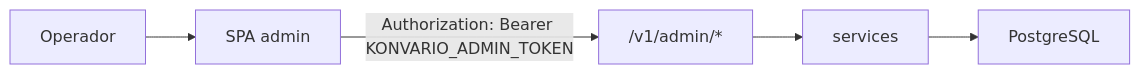
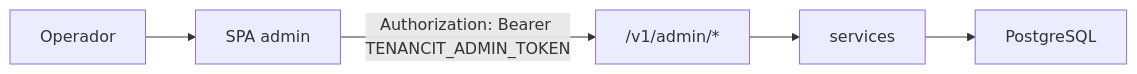
One commit to djalmajr/tenancit changed the second of 2 diagrams in docs/engenharia/01-arquitetura.adoc. Above: the diagram before and after it, drawn with Mermaid. The commit also changed other lines of this file and 167 other files, not shown here.

First line of the commit message:
rebrand: Konvario -> Tenancit

```diff
--- a/docs/engenharia/01-arquitetura.adoc
+++ b/docs/engenharia/01-arquitetura.adoc
@@ -54,8 +54,8 @@
 [mermaid]
 ----
 flowchart LR
   admin["Operador"] --> spa["SPA admin"]
-  spa -->|"Authorization: Bearer KONVARIO_ADMIN_TOKEN"| api["/v1/admin/*"]
+  spa -->|"Authorization: Bearer TENANCIT_ADMIN_TOKEN"| api["/v1/admin/*"]
   api --> svc["services"]
   svc --> pg["PostgreSQL"]
 ----
```
